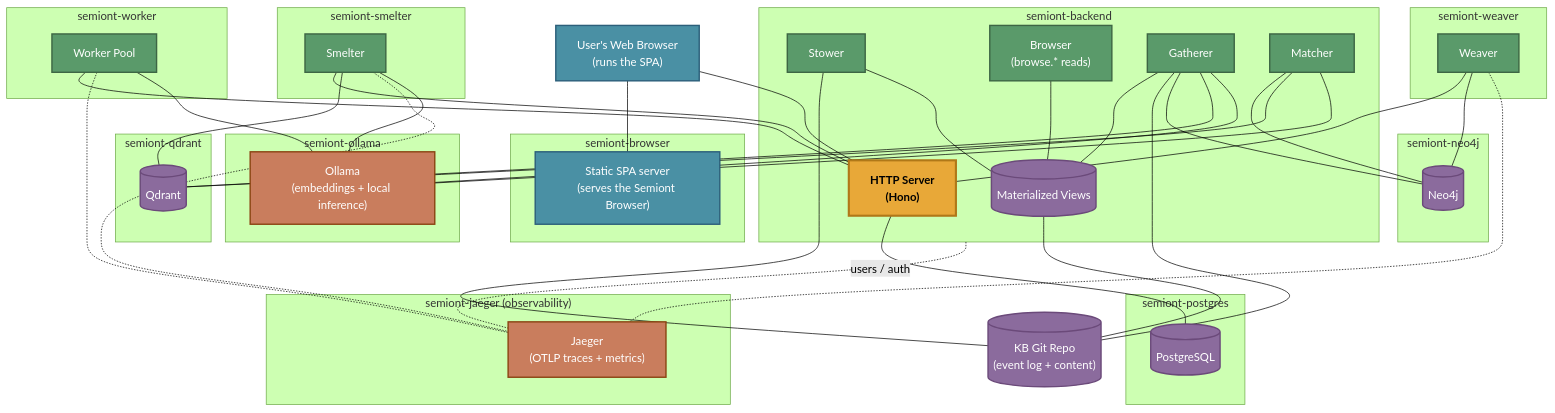
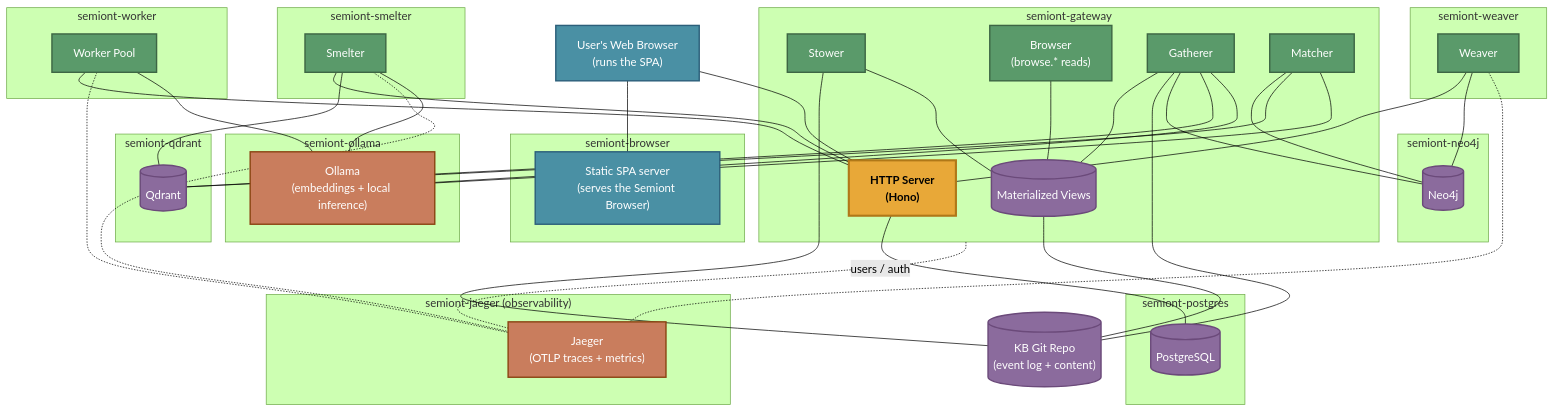
One commit to The-AI-Alliance/semiont changed the diagram in docs/system/CONTAINER-TOPOLOGY.md. Above: the diagram before and after it, drawn with Mermaid (forest theme). The commit also changed other lines of this file and 529 other files, not shown here.

First line of the commit message:
backend → gateway: rename every surface, with one compat alias for the fleet's config key (#1257)

```diff
--- a/docs/system/CONTAINER-TOPOLOGY.md
+++ b/docs/system/CONTAINER-TOPOLOGY.md
@@ -20,7 +20,7 @@
         SPA["Static SPA server<br/>(serves the Semiont Browser)"]
     end
 
-    subgraph backend_c ["semiont-backend"]
+    subgraph gateway_c ["semiont-gateway"]
         HTTPD["HTTP Server<br/>(Hono)"]
         STOWER["Stower"]
         BROWSER["Browser<br/>(browse.* reads)"]
@@ -78,7 +78,7 @@
     WEAVER --- NEO
     SMELTER --- QD
     HTTPD ---|"users / auth"| PG
-    backend_c -.- JAG
+    gateway_c -.- JAG
     WORKERS -.- JAG
     SMELTER -.- JAG
     WEAVER -.- JAG
```
